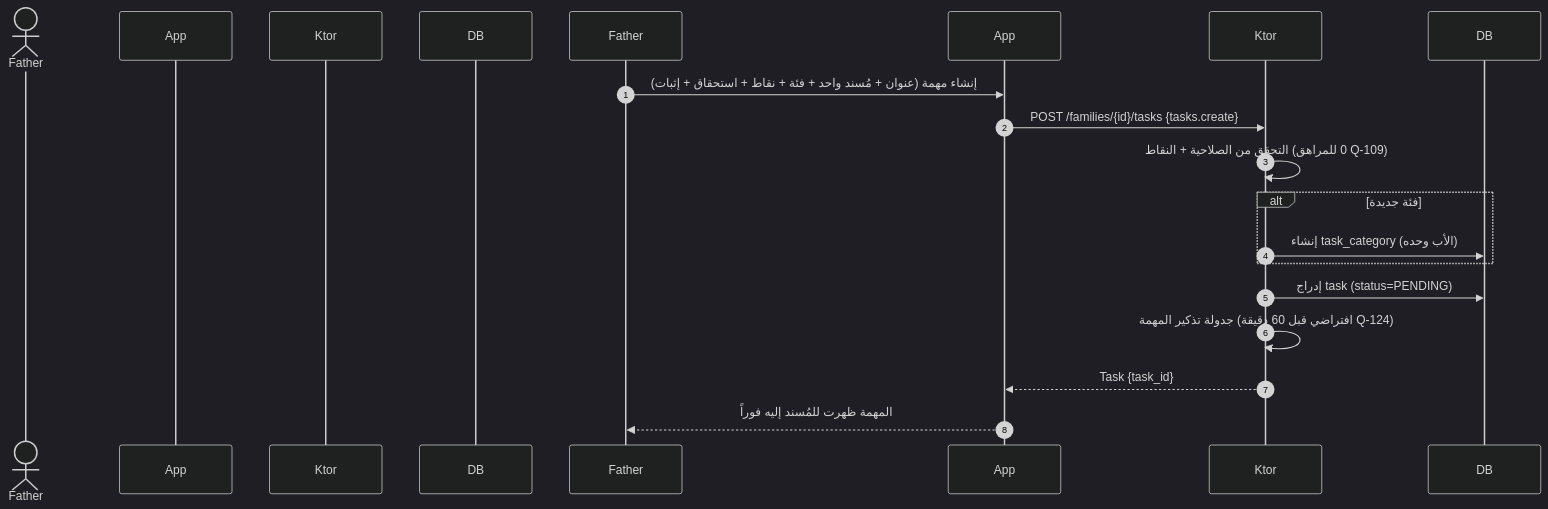
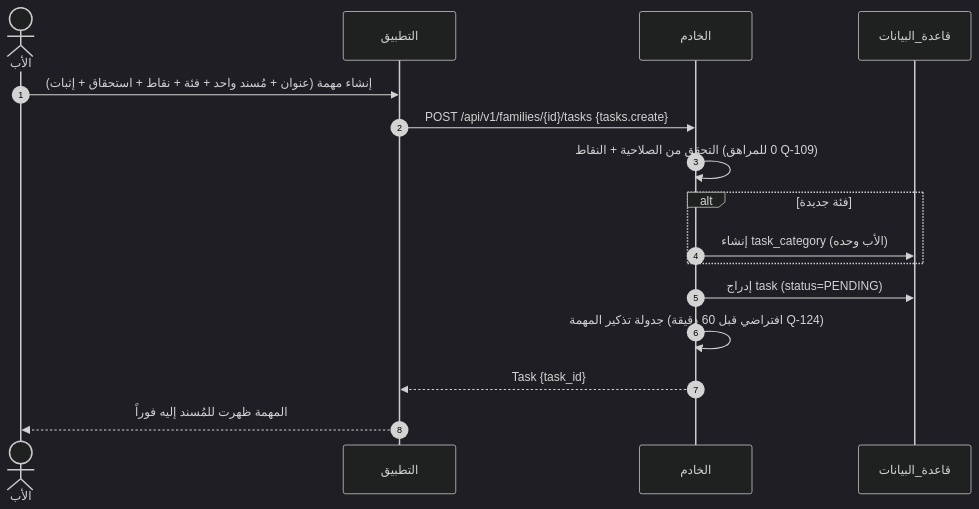
One commit to Bassam-mohammed-alqaeadi/family-os-v2 changed the third of 12 diagrams in docs/family-os/governance/phases/phase-1/S1-06-tasks-and-calendar/DIAGRAMS.md. Above: the diagram before and after it, drawn with Mermaid (dark theme). The commit also changed other lines of this file and 10 other files, not shown here.

Commit message:
إغلاق المراجعة الشاملة R1–R5 (Q-196…Q-231) — المخططات DIAGRAMS + خريطة السياق (2/4)

````diff
--- a/docs/family-os/governance/phases/phase-1/S1-06-tasks-and-calendar/DIAGRAMS.md
+++ b/docs/family-os/governance/phases/phase-1/S1-06-tasks-and-calendar/DIAGRAMS.md
@@ -173,18 +178,18 @@
 ```mermaid
 sequenceDiagram
     autonumber
-    actor الأب as Father
-    participant التطبيق as App
-    participant الخادم as Ktor
-    participant قاعدة_البيانات as DB
+    actor Father as الأب
+    participant App as التطبيق
+    participant Ktor as الخادم
+    participant DB as قاعدة_البيانات
     Father->>App: إنشاء مهمة (عنوان + مُسند واحد + فئة + نقاط + استحقاق + إثبات)
-    App->>Ktor: POST /families/{id}/tasks {tasks.create}
+    App->>Ktor: POST /api/v1/families/{id}/tasks {tasks.create}
     Ktor->>Ktor: التحقق من الصلاحية + النقاط (0 للمراهق Q-109)
     alt فئة جديدة
         Ktor->>DB: إنشاء task_category (الأب وحده)
     end
     Ktor->>DB: إدراج task (status=PENDING)
     Ktor->>Ktor: جدولة تذكير المهمة (افتراضي قبل 60 دقيقة Q-124)
     Ktor-->>App: Task {task_id}
     App-->>Father: المهمة ظهرت للمُسند إليه فوراً
 ```
````
